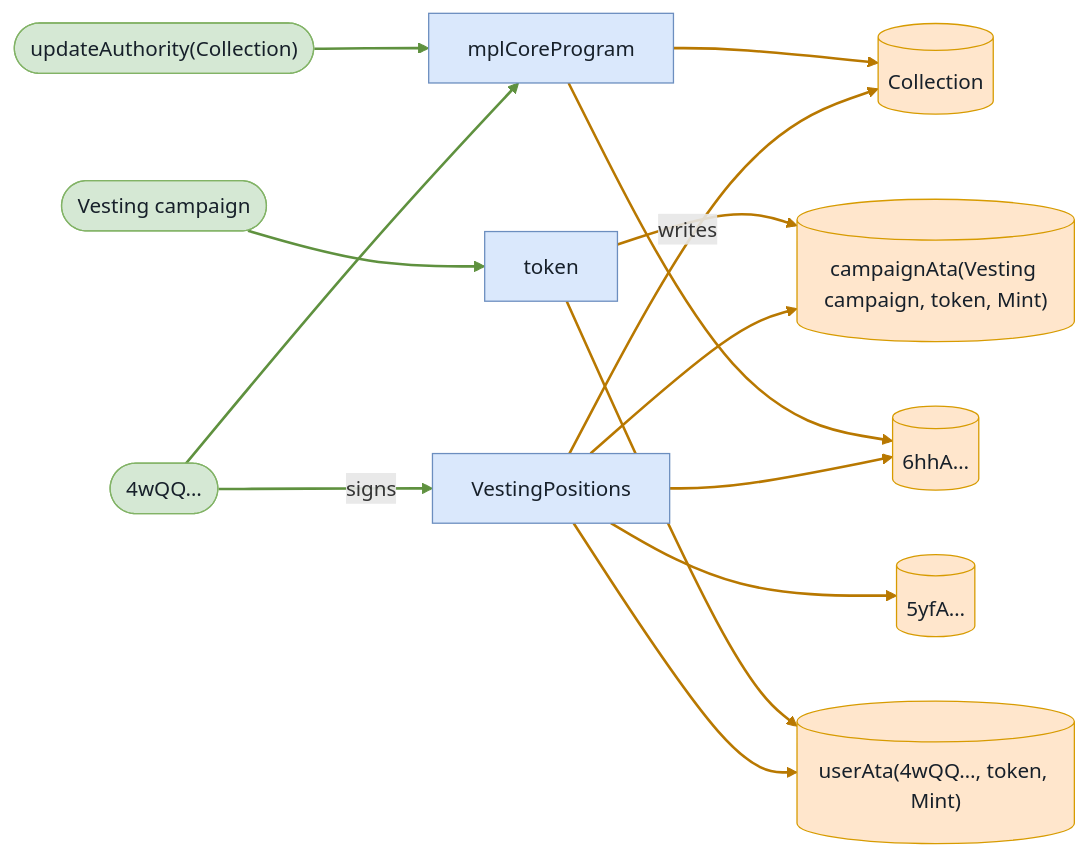
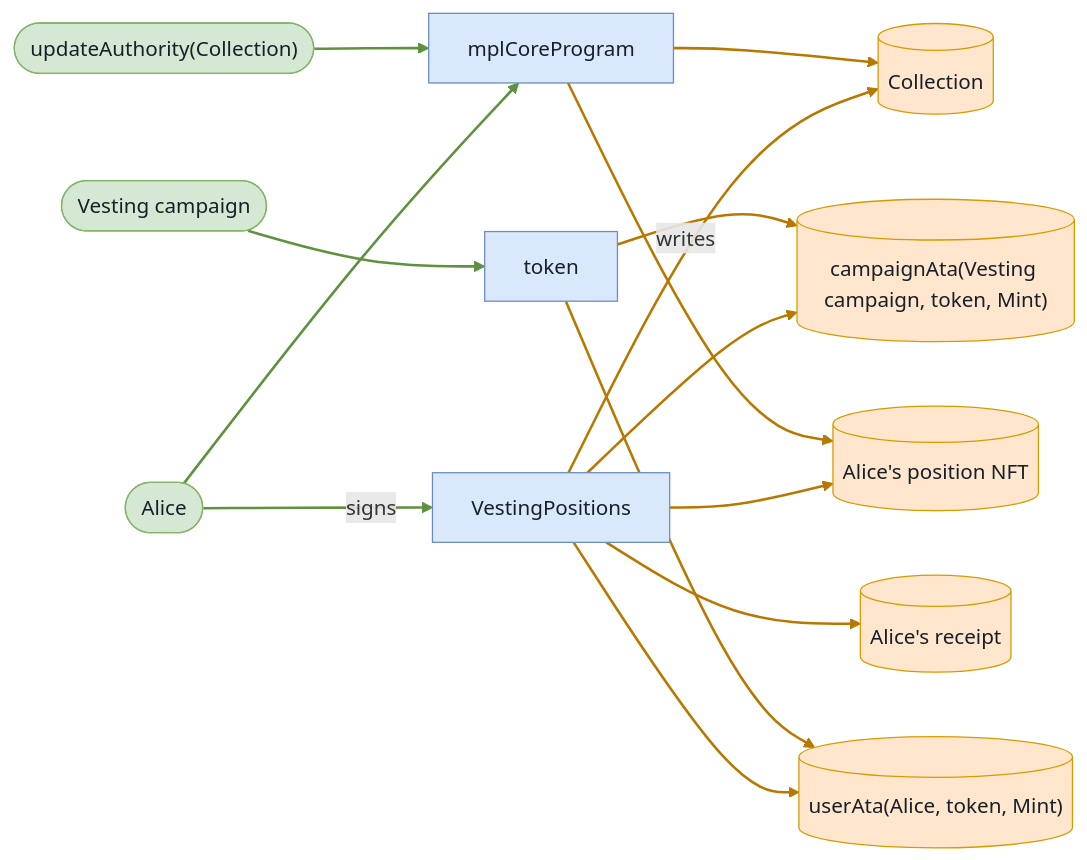
Before and after one commit to cds-turbin3/vesting-position: diagram 17 of 48 in babelfish-tests/test-report/claims_at_linear_checkpoints.md, drawn with Mermaid. The commit also changed other lines of this file and 104 other files, not shown here.

````diff
--- a/babelfish-tests/test-report/claims_at_linear_checkpoints.md
+++ b/babelfish-tests/test-report/claims_at_linear_checkpoints.md
@@ -762,32 +762,32 @@
 ```mermaid
 flowchart LR
     VestingPositions["VestingPositions"]:::program
-    n4wQQ(["4wQQ…"]):::signer
+    Alice(["Alice"]):::signer
     Collection[("Collection")]:::state
     campaignAtaVestingcampaigntokenMint[("campaignAta(Vesting campaign, token, Mint)")]:::state
-    userAta4wQQtokenMint[("userAta(4wQQ…, token, Mint)")]:::state
-    n6hhA[("6hhA…")]:::state
-    n5yfA[("5yfA…")]:::state
+    userAtaAlicetokenMint[("userAta(Alice, token, Mint)")]:::state
+    AlicespositionNFT[("Alice's position NFT")]:::state
+    Alicesreceipt[("Alice's receipt")]:::state
     mplCoreProgram["mplCoreProgram"]:::program
     updateAuthorityCollection(["updateAuthority(Collection)"]):::signer
     token["token"]:::program
     Vestingcampaign(["Vesting campaign"]):::signer
-    n4wQQ -->|signs| VestingPositions
+    Alice -->|signs| VestingPositions
     VestingPositions -->|writes| Collection
     VestingPositions --> campaignAtaVestingcampaigntokenMint
-    VestingPositions --> userAta4wQQtokenMint
-    VestingPositions --> n6hhA
-    VestingPositions --> n5yfA
-    mplCoreProgram --> n6hhA
+    VestingPositions --> userAtaAlicetokenMint
+    VestingPositions --> AlicespositionNFT
+    VestingPositions --> Alicesreceipt
+    mplCoreProgram --> AlicespositionNFT
     mplCoreProgram --> Collection
-    n4wQQ --> mplCoreProgram
+    Alice --> mplCoreProgram
     updateAuthorityCollection --> mplCoreProgram
     token --> campaignAtaVestingcampaigntokenMint
-    token --> userAta4wQQtokenMint
+    token --> userAtaAlicetokenMint
     Vestingcampaign --> token
     classDef program fill:#dae8fc,stroke:#6c8ebf,color:#17202a;
     classDef signer fill:#d5e8d4,stroke:#82b366,color:#17202a;
     classDef state fill:#ffe6cc,stroke:#d79b00,color:#17202a;
     linkStyle 0,8,9,12 stroke:#5f913f,stroke-width:2px
     linkStyle 1,2,3,4,5,6,7,10,11 stroke:#b87800,stroke-width:2px
 ```
````
